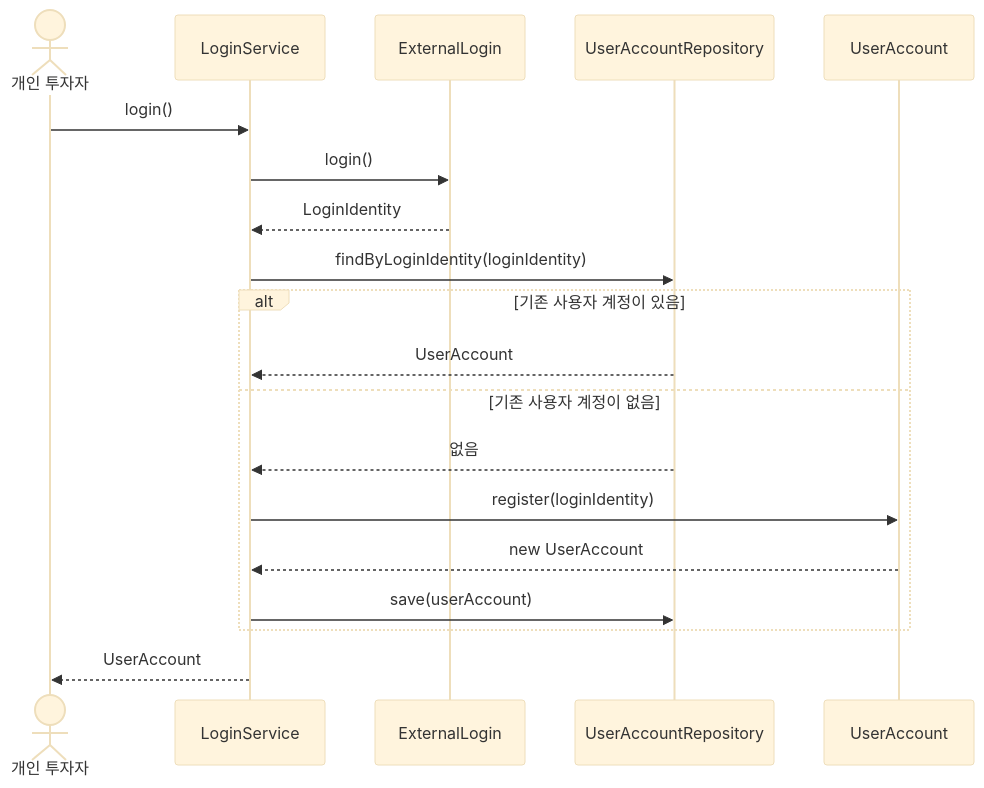
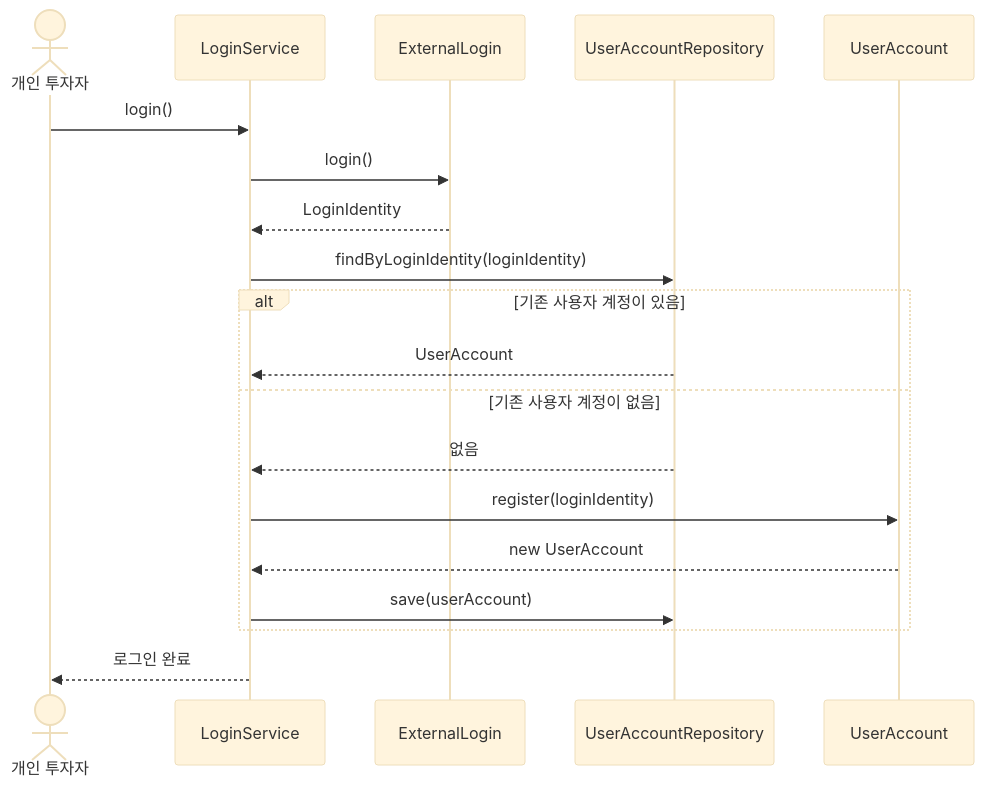
Before and after one commit to PhilPark-geosr/stock-agent: the sixth of 9 diagrams in design/login_feature_design.md, drawn with Mermaid (base theme). The commit also changed other lines of this file, not shown here.

Commit message:
docs: define abstract login completion

````diff
--- a/design/login_feature_design.md
+++ b/design/login_feature_design.md
@@ -236,24 +236,24 @@
 ```mermaid
 sequenceDiagram
     actor Investor as 개인 투자자
     participant Login as LoginService
     participant External as ExternalLogin
     participant Accounts as UserAccountRepository
     participant Account as UserAccount
 
     Investor->>Login: login()
     Login->>External: login()
     External-->>Login: LoginIdentity
     Login->>Accounts: findByLoginIdentity(loginIdentity)
 
     alt 기존 사용자 계정이 있음
         Accounts-->>Login: UserAccount
     else 기존 사용자 계정이 없음
         Accounts-->>Login: 없음
         Login->>Account: register(loginIdentity)
         Account-->>Login: new UserAccount
         Login->>Accounts: save(userAccount)
     end
 
-    Login-->>Investor: UserAccount
+    Login-->>Investor: 로그인 완료
 ```
````
